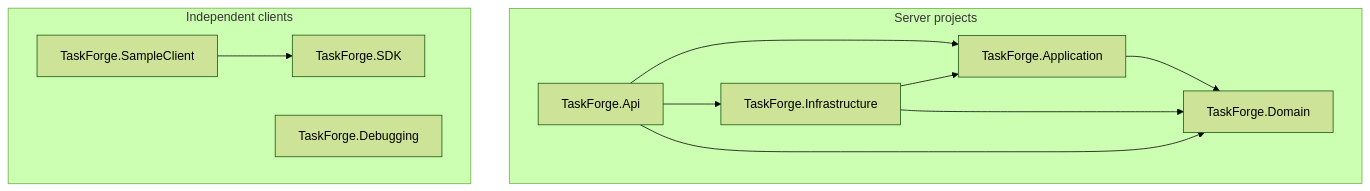
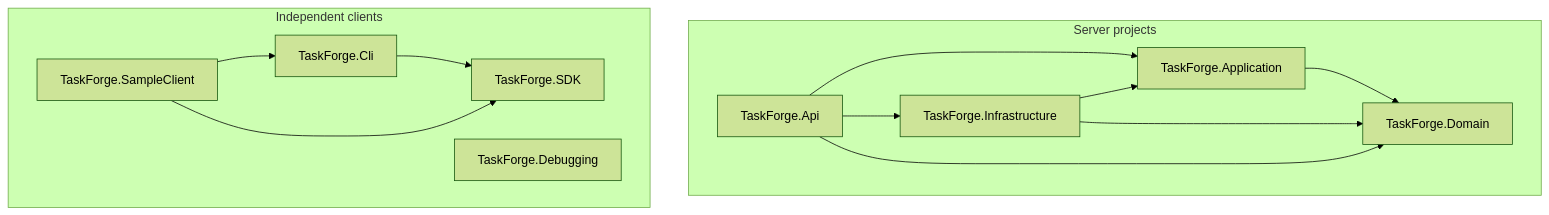
Before and after one commit to Arvence/TaskForge: the first of 3 diagrams in docs/architecture.md, drawn with Mermaid (forest theme). The commit also changed other lines of this file and 4 other files, not shown here.

````diff
--- a/docs/architecture.md
+++ b/docs/architecture.md
@@ -15,15 +15,17 @@
 ```mermaid
 flowchart TB
     subgraph Server[Server projects]
         API[TaskForge.Api] --> Application[TaskForge.Application]
         API --> Infrastructure[TaskForge.Infrastructure]
         API --> Domain[TaskForge.Domain]
         Infrastructure --> Application
         Infrastructure --> Domain
         Application --> Domain
     end
     subgraph Clients[Independent clients]
+        CLI[TaskForge.Cli] --> SDK[TaskForge.SDK]
+        Sample[TaskForge.SampleClient] --> CLI
         Sample[TaskForge.SampleClient] --> SDK[TaskForge.SDK]
         Debug[TaskForge.Debugging]
     end
 ```
````
